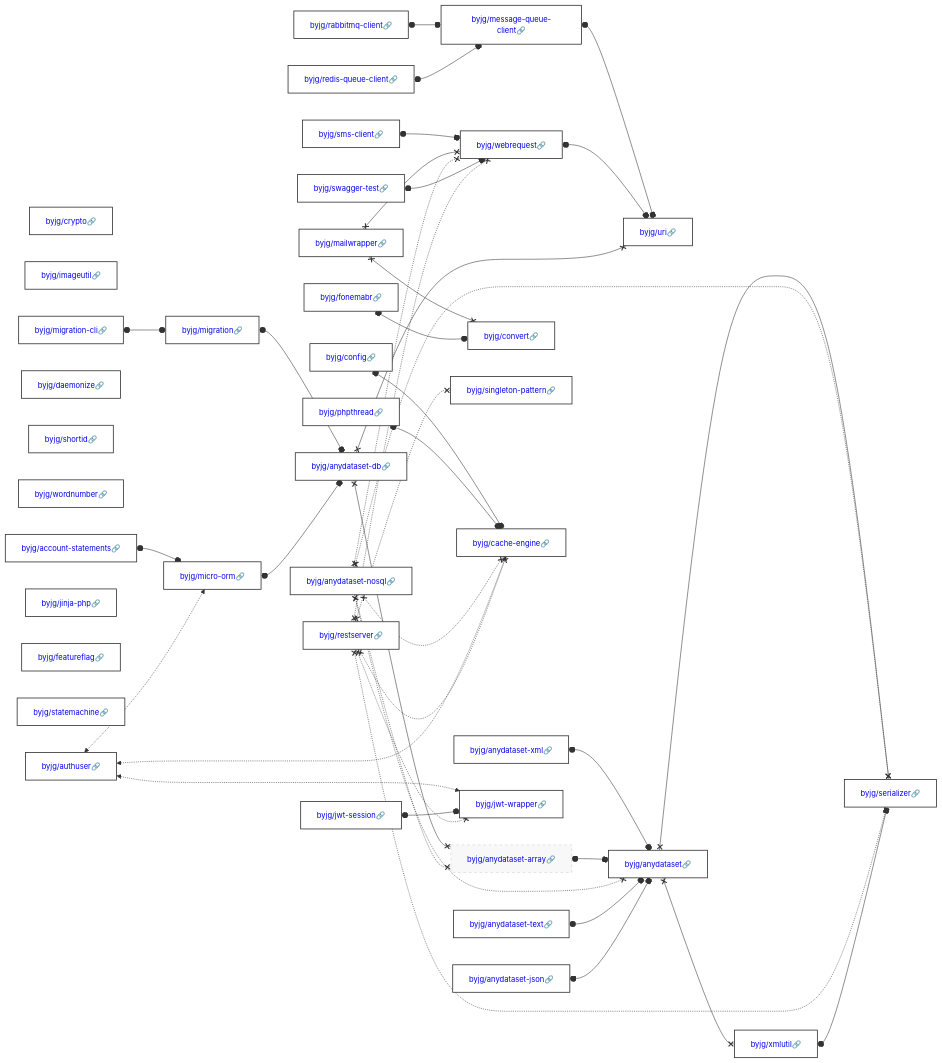
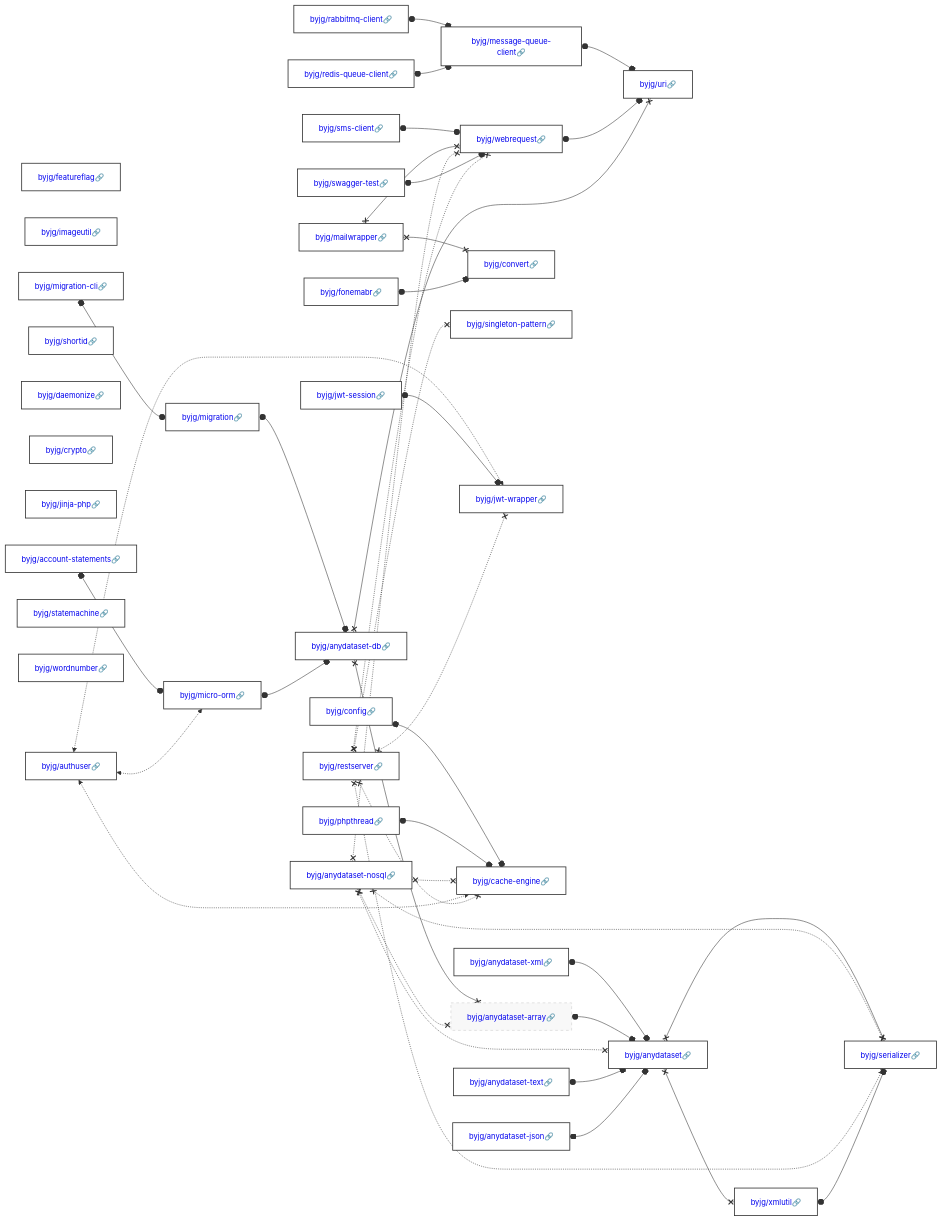
The diagram in docs/php/README.md (byjg/byjg.github.io), drawn with Mermaid before and after one commit. The commit also changed other lines of this file, not shown here.

Commit message:
Update documentation 'php' 'php-migration'

````diff
--- a/docs/php/README.md
+++ b/docs/php/README.md
@@ -3,38 +3,38 @@
 ```mermaid
 graph LR;
+  byjg/phpthread[<a href='https://opensource.byjg.com/docs/php/phpthread' style='text-decoration:none'>byjg/phpthread🔗</a>];
+  byjg/featureflag[<a href='https://opensource.byjg.com/docs/php/featureflag' style='text-decoration:none'>byjg/featureflag🔗</a>];
+  byjg/config[<a href='https://opensource.byjg.com/docs/php/config' style='text-decoration:none'>byjg/config🔗</a>];
+  byjg/imageutil[<a href='https://opensource.byjg.com/docs/php/imageutil' style='text-decoration:none'>byjg/imageutil🔗</a>];
+  byjg/migration-cli[<a href='https://opensource.byjg.com/docs/php/migration-cli' style='text-decoration:none'>byjg/migration-cli🔗</a>];
+  byjg/jwt-session[<a href='https://opensource.byjg.com/docs/php/jwt-session' style='text-decoration:none'>byjg/jwt-session🔗</a>];
+  byjg/fonemabr[<a href='https://opensource.byjg.com/docs/php/fonemabr' style='text-decoration:none'>byjg/fonemabr🔗</a>];
+  byjg/rabbitmq-client[<a href='https://opensource.byjg.com/docs/php/rabbitmq-client' style='text-decoration:none'>byjg/rabbitmq-client🔗</a>];
+  byjg/anydataset-text[<a href='https://opensource.byjg.com/docs/php/anydataset-text' style='text-decoration:none'>byjg/anydataset-text🔗</a>];
+  byjg/anydataset-json[<a href='https://opensource.byjg.com/docs/php/anydataset-json' style='text-decoration:none'>byjg/anydataset-json🔗</a>];
+  byjg/shortid[<a href='https://opensource.byjg.com/docs/php/shortid' style='text-decoration:none'>byjg/shortid🔗</a>];
+  byjg/daemonize[<a href='https://opensource.byjg.com/docs/php/daemonize' style='text-decoration:none'>byjg/daemonize🔗</a>];
+  byjg/swagger-test[<a href='https://opensource.byjg.com/docs/php/swagger-test' style='text-decoration:none'>byjg/swagger-test🔗</a>];
+  byjg/anydataset-xml[<a href='https://opensource.byjg.com/docs/php/anydataset-xml' style='text-decoration:none'>byjg/anydataset-xml🔗</a>];
+  byjg/crypto[<a href='https://opensource.byjg.com/docs/php/crypto' style='text-decoration:none'>byjg/crypto🔗</a>];
+  byjg/mailwrapper[<a href='https://opensource.byjg.com/docs/php/mailwrapper' style='text-decoration:none'>byjg/mailwrapper🔗</a>];
+  byjg/jinja-php[<a href='https://opensource.byjg.com/docs/php/jinja-php' style='text-decoration:none'>byjg/jinja-php🔗</a>];
+  byjg/restserver[<a href='https://opensource.byjg.com/docs/php/restserver' style='text-decoration:none'>byjg/restserver🔗</a>];
+  byjg/authuser[<a href='https://opensource.byjg.com/docs/php/authuser' style='text-decoration:none'>byjg/authuser🔗</a>];
+  byjg/statemachine[<a href='https://opensource.byjg.com/docs/php/statemachine' style='text-decoration:none'>byjg/statemachine🔗</a>];
+  byjg/wordnumber[<a href='https://opensource.byjg.com/docs/php/wordnumber' style='text-decoration:none'>byjg/wordnumber🔗</a>];
+  byjg/anydataset-nosql[<a href='https://opensource.byjg.com/docs/php/anydataset-nosql' style='text-decoration:none'>byjg/anydataset-nosql🔗</a>];
+  byjg/account-statements[<a href='https://opensource.byjg.com/docs/php/account-statements' style='text-decoration:none'>byjg/account-statements🔗</a>];
   byjg/redis-queue-client[<a href='https://opensource.byjg.com/docs/php/redis-queue-client' style='text-decoration:none'>byjg/redis-queue-client🔗</a>];
-  byjg/config[<a href='https://opensource.byjg.com/docs/php/config' style='text-decoration:none'>byjg/config🔗</a>];
-  byjg/crypto[<a href='https://opensource.byjg.com/docs/php/crypto' style='text-decoration:none'>byjg/crypto🔗</a>];
-  byjg/phpthread[<a href='https://opensource.byjg.com/docs/php/phpthread' style='text-decoration:none'>byjg/phpthread🔗</a>];
-  byjg/anydataset-xml[<a href='https://opensource.byjg.com/docs/php/anydataset-xml' style='text-decoration:none'>byjg/anydataset-xml🔗</a>];
-  byjg/imageutil[<a href='https://opensource.byjg.com/docs/php/imageutil' style='text-decoration:none'>byjg/imageutil🔗</a>];
-  byjg/swagger-test[<a href='https://opensource.byjg.com/docs/php/swagger-test' style='text-decoration:none'>byjg/swagger-test🔗</a>];
-  byjg/authuser[<a href='https://opensource.byjg.com/docs/php/authuser' style='text-decoration:none'>byjg/authuser🔗</a>];
-  byjg/daemonize[<a href='https://opensource.byjg.com/docs/php/daemonize' style='text-decoration:none'>byjg/daemonize🔗</a>];
-  byjg/anydataset-text[<a href='https://opensource.byjg.com/docs/php/anydataset-text' style='text-decoration:none'>byjg/anydataset-text🔗</a>];
   byjg/sms-client[<a href='https://opensource.byjg.com/docs/php/sms-client' style='text-decoration:none'>byjg/sms-client🔗</a>];
-  byjg/shortid[<a href='https://opensource.byjg.com/docs/php/shortid' style='text-decoration:none'>byjg/shortid🔗</a>];
-  byjg/anydataset-json[<a href='https://opensource.byjg.com/docs/php/anydataset-json' style='text-decoration:none'>byjg/anydataset-json🔗</a>];
-  byjg/wordnumber[<a href='https://opensource.byjg.com/docs/php/wordnumber' style='text-decoration:none'>byjg/wordnumber🔗</a>];
-  byjg/mailwrapper[<a href='https://opensource.byjg.com/docs/php/mailwrapper' style='text-decoration:none'>byjg/mailwrapper🔗</a>];
-  byjg/account-statements[<a href='https://opensource.byjg.com/docs/php/account-statements' style='text-decoration:none'>byjg/account-statements🔗</a>];
-  byjg/anydataset-nosql[<a href='https://opensource.byjg.com/docs/php/anydataset-nosql' style='text-decoration:none'>byjg/anydataset-nosql🔗</a>];
-  byjg/jinja-php[<a href='https://opensource.byjg.com/docs/php/jinja-php' style='text-decoration:none'>byjg/jinja-php🔗</a>];
-  byjg/rabbitmq-client[<a href='https://opensource.byjg.com/docs/php/rabbitmq-client' style='text-decoration:none'>byjg/rabbitmq-client🔗</a>];
-  byjg/jwt-session[<a href='https://opensource.byjg.com/docs/php/jwt-session' style='text-decoration:none'>byjg/jwt-session🔗</a>];
-  byjg/featureflag[<a href='https://opensource.byjg.com/docs/php/featureflag' style='text-decoration:none'>byjg/featureflag🔗</a>];
-  byjg/fonemabr[<a href='https://opensource.byjg.com/docs/php/fonemabr' style='text-decoration:none'>byjg/fonemabr🔗</a>];
-  byjg/statemachine[<a href='https://opensource.byjg.com/docs/php/statemachine' style='text-decoration:none'>byjg/statemachine🔗</a>];
-  byjg/migration-cli[<a href='https://opensource.byjg.com/docs/php/migration-cli' style='text-decoration:none'>byjg/migration-cli🔗</a>];
-  byjg/restserver[<a href='https://opensource.byjg.com/docs/php/restserver' style='text-decoration:none'>byjg/restserver🔗</a>];
+  byjg/migration[<a href='https://opensource.byjg.com/docs/php/migration' style='text-decoration:none'>byjg/migration🔗</a>];
+  byjg/convert[<a href='https://opensource.byjg.com/docs/php/convert' style='text-decoration:none'>byjg/convert🔗</a>];
+  byjg/singleton-pattern[<a href='https://opensource.byjg.com/docs/php/singleton-pattern' style='text-decoration:none'>byjg/singleton-pattern🔗</a>];
+  byjg/jwt-wrapper[<a href='https://opensource.byjg.com/docs/php/jwt-wrapper' style='text-decoration:none'>byjg/jwt-wrapper🔗</a>];
+  byjg/cache-engine[<a href='https://opensource.byjg.com/docs/php/cache-engine' style='text-decoration:none'>byjg/cache-engine🔗</a>];
   byjg/micro-orm[<a href='https://opensource.byjg.com/docs/php/micro-orm' style='text-decoration:none'>byjg/micro-orm🔗</a>];
   byjg/message-queue-client[<a href='https://opensource.byjg.com/docs/php/message-queue-client' style='text-decoration:none'>byjg/message-queue-client🔗</a>];
-  byjg/convert[<a href='https://opensource.byjg.com/docs/php/convert' style='text-decoration:none'>byjg/convert🔗</a>];
-  byjg/migration[<a href='https://opensource.byjg.com/docs/php/migration' style='text-decoration:none'>byjg/migration🔗</a>];
-  byjg/singleton-pattern[<a href='https://opensource.byjg.com/docs/php/singleton-pattern' style='text-decoration:none'>byjg/singleton-pattern🔗</a>];
-  byjg/cache-engine[<a href='https://opensource.byjg.com/docs/php/cache-engine' style='text-decoration:none'>byjg/cache-engine🔗</a>];
   byjg/webrequest[<a href='https://opensource.byjg.com/docs/php/webrequest' style='text-decoration:none'>byjg/webrequest🔗</a>];
-  byjg/jwt-wrapper[<a href='https://opensource.byjg.com/docs/php/jwt-wrapper' style='text-decoration:none'>byjg/jwt-wrapper🔗</a>];
   byjg/anydataset-db[<a href='https://opensource.byjg.com/docs/php/anydataset-db' style='text-decoration:none'>byjg/anydataset-db🔗</a>];
   byjg/anydataset-array[<a href='https://opensource.byjg.com/docs/php/anydataset-array' style='text-decoration:none'>byjg/anydataset-array🔗</a>];
   byjg/uri[<a href='https://opensource.byjg.com/docs/php/uri' style='text-decoration:none'>byjg/uri🔗</a>];
````
